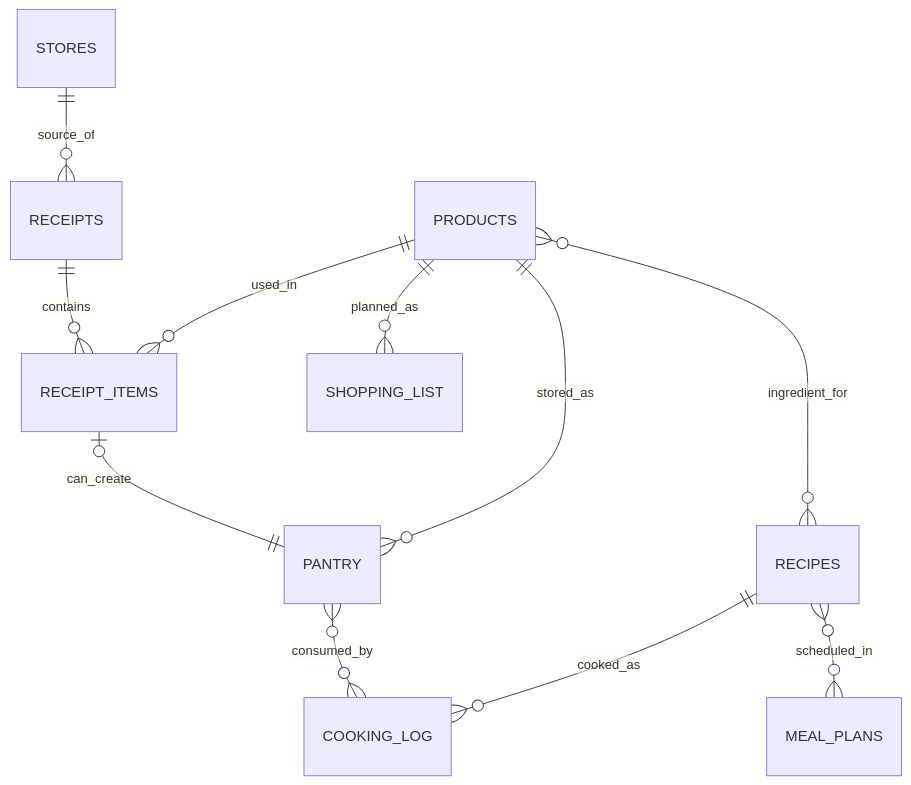
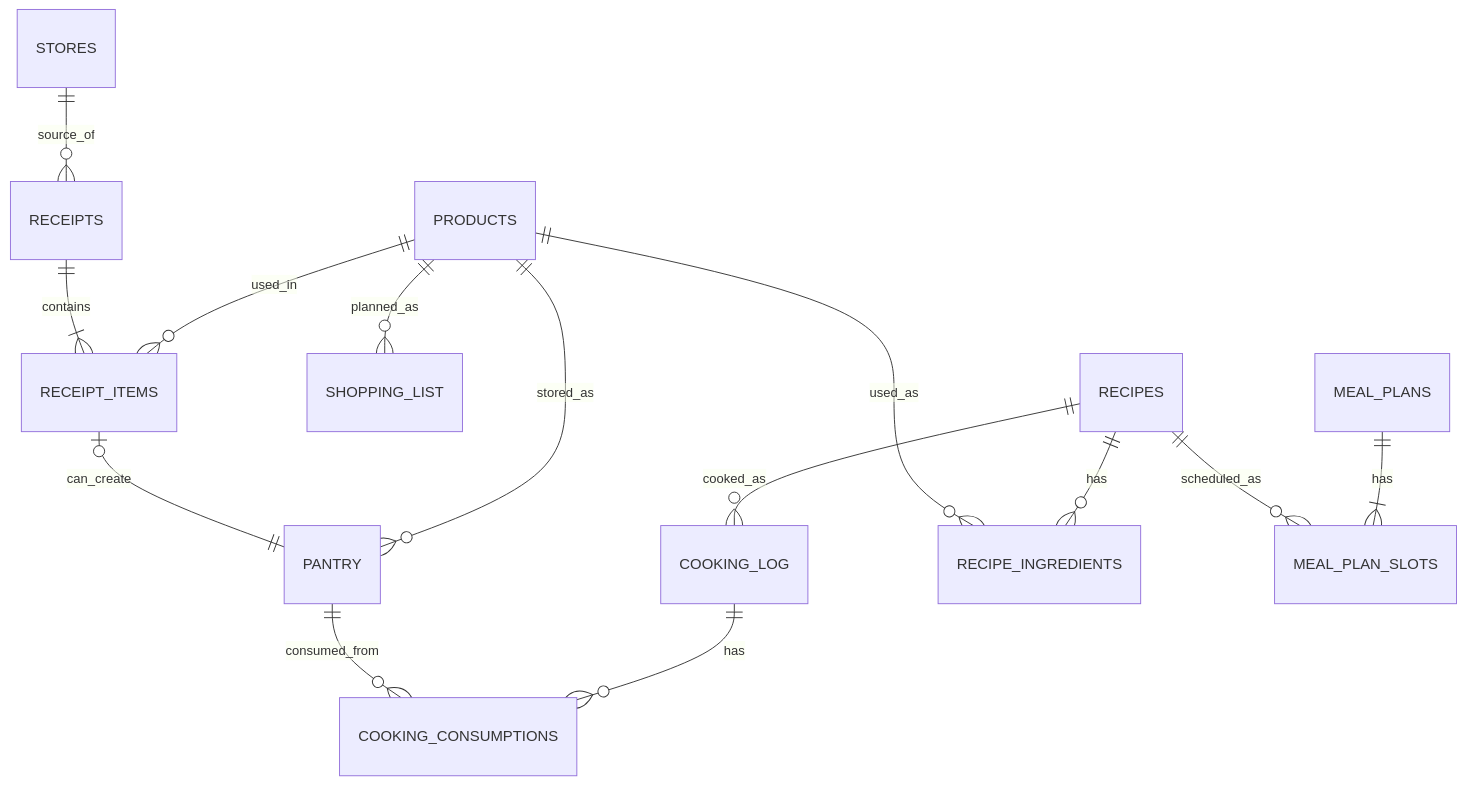
The diagram in Projects/Еда/Docs/Schema.md (smeryse/Knowledge-Base), drawn with Mermaid before and after one commit. The commit also changed other lines of this file and 2 other files, not shown here.

````diff
--- a/Projects/Еда/Docs/Schema.md
+++ b/Projects/Еда/Docs/Schema.md
@@ -85,13 +95,16 @@
 ```mermaid
 erDiagram
     PRODUCTS ||--o{ RECEIPT_ITEMS : used_in
-    PRODUCTS }o--o{ RECIPES : ingredient_for
     STORES ||--o{ RECEIPTS : source_of
-    RECEIPTS ||--o{ RECEIPT_ITEMS : contains
+    RECEIPTS ||--|{ RECEIPT_ITEMS : contains
     PRODUCTS ||--o{ PANTRY : stored_as
     PRODUCTS ||--o{ SHOPPING_LIST : planned_as
     RECEIPT_ITEMS o|--|| PANTRY : can_create
     RECIPES ||--o{ COOKING_LOG : cooked_as
-    PANTRY }o--o{ COOKING_LOG : consumed_by
-    RECIPES }o--o{ MEAL_PLANS : scheduled_in
+    COOKING_LOG ||--o{ COOKING_CONSUMPTIONS : has
+    PANTRY ||--o{ COOKING_CONSUMPTIONS : consumed_from
+    RECIPES ||--o{ RECIPE_INGREDIENTS : has
+    PRODUCTS ||--o{ RECIPE_INGREDIENTS : used_as
+    MEAL_PLANS ||--|{ MEAL_PLAN_SLOTS : has
+    RECIPES ||--o{ MEAL_PLAN_SLOTS : scheduled_as
 ```
````
